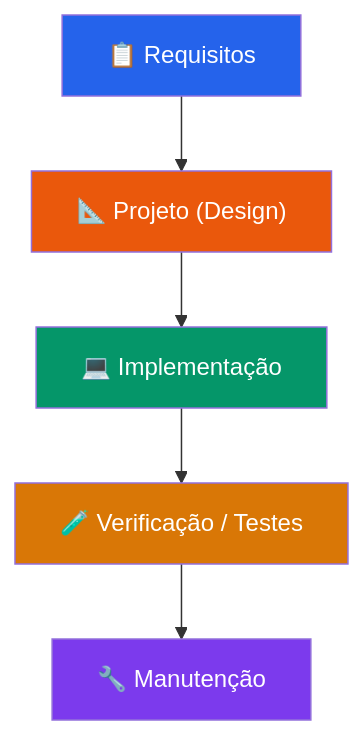
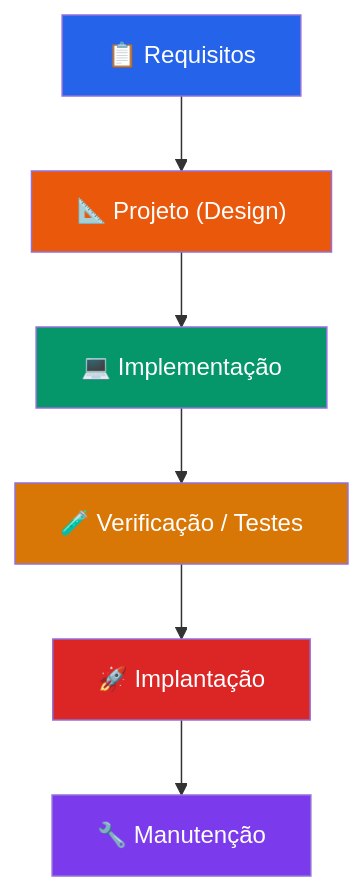
The diagram in class05/diagrams/PES05-Cascata.mmd (giovanebarcelos/pes-sandbox), drawn with Mermaid before and after one commit. The commit also changed 57 other files, not shown here.

```diff
--- a/class05/diagrams/PES05-Cascata.mmd
+++ b/class05/diagrams/PES05-Cascata.mmd
@@ -1,15 +1,17 @@
 %% PES05 - Modelo Cascata (Waterfall)
 %% Aula 05: Modelos Tradicionais — Cascata e Espiral
 %% Projeto e Engenharia de Software - Prof. Giovane Barcelos
 %% Mermaid compatível com PlantUML (https://plantuml.com/):
 %% para renderizar no PlantUML, envolva o conteúdo abaixo em @startmermaid ... @endmermaid.
 flowchart TD
     A["📋 Requisitos"] --> B["📐 Projeto (Design)"]
     B --> C["💻 Implementação"]
     C --> D["🧪 Verificação / Testes"]
-    D --> E["🔧 Manutenção"]
+    D --> E["🚀 Implantação"]
+    E --> F["🔧 Manutenção"]
     style A fill:#2563EB,color:#FFF
     style B fill:#EA580C,color:#FFF
     style C fill:#059669,color:#FFF
     style D fill:#D97706,color:#FFF
-    style E fill:#7C3AED,color:#FFF
+    style E fill:#DC2626,color:#FFF
+    style F fill:#7C3AED,color:#FFF
```
